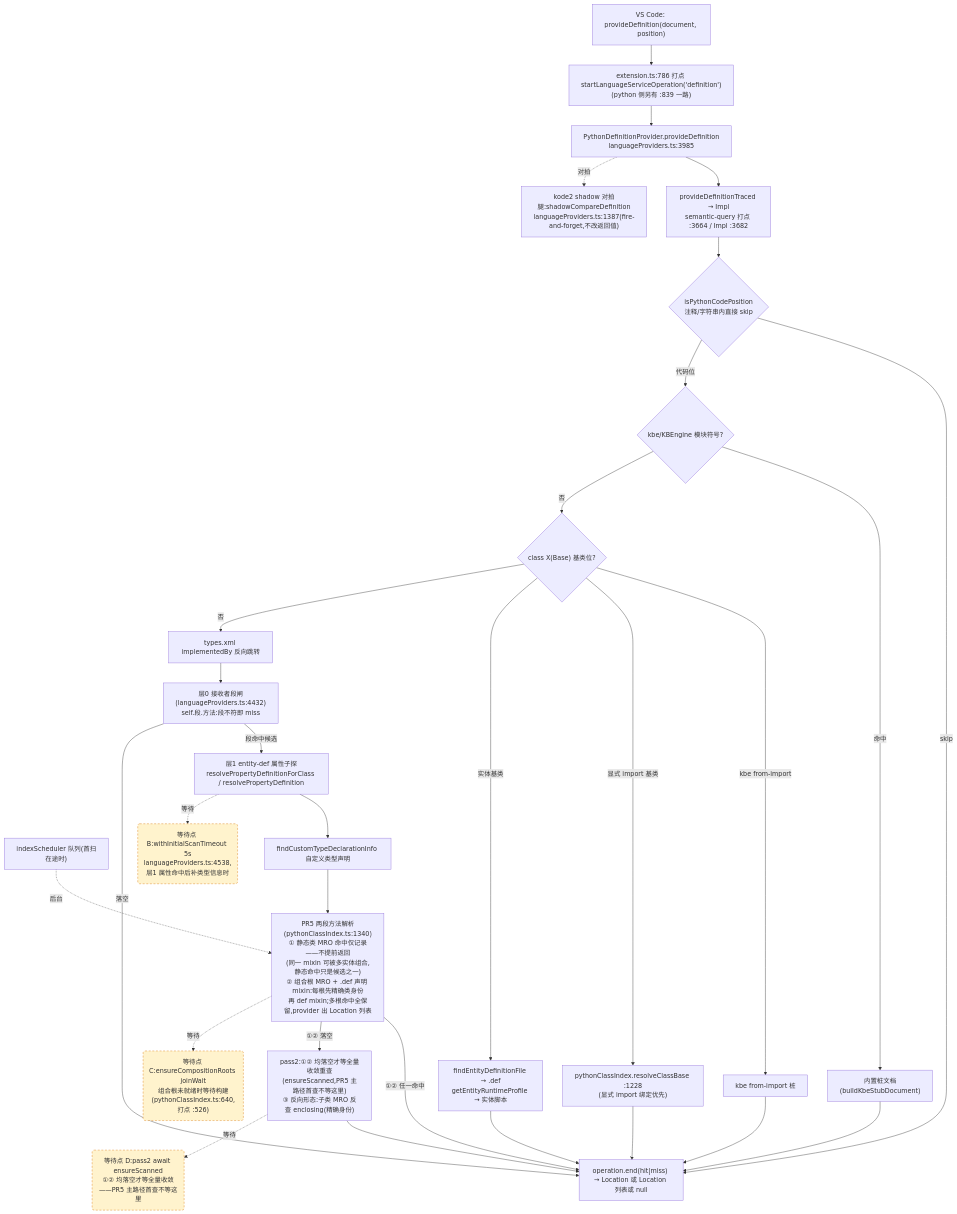
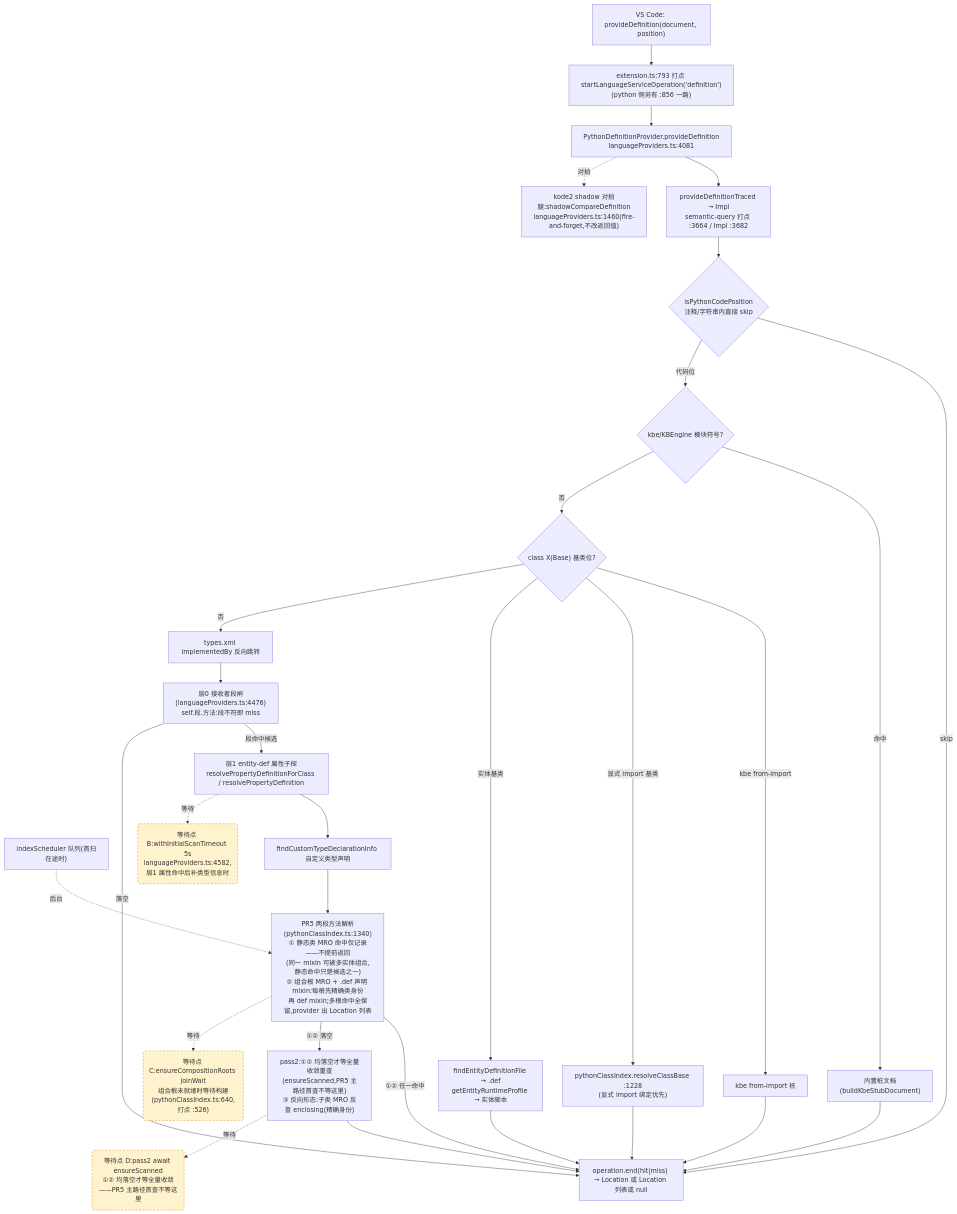
One commit to cuihairu/kode changed the second of 4 diagrams in docs/perf/2026-baseline.md. Above: the diagram before and after it, drawn with Mermaid. The commit also changed other lines of this file and 10 other files, not shown here.

````diff
--- a/docs/perf/2026-baseline.md
+++ b/docs/perf/2026-baseline.md
@@ -130,51 +130,51 @@
 ```mermaid
 flowchart TD
   VC2["VS Code: provideDefinition(document, position)"]
-  M2["extension.ts:786 打点 startLanguageServiceOperation('definition')<br/>(python 侧另有 :839 一路)"]
-  AD2["PythonDefinitionProvider.provideDefinition<br/>languageProviders.ts:3985"]
+  M2["extension.ts:793 打点 startLanguageServiceOperation('definition')<br/>(python 侧另有 :856 一路)"]
+  AD2["PythonDefinitionProvider.provideDefinition<br/>languageProviders.ts:4081"]
   TR["provideDefinitionTraced → Impl<br/>semantic-query 打点 :3664 / Impl :3682"]
   CTX{"isPythonCodePosition<br/>注释/字符串内直接 skip"}
   KBE{"kbe/KBEngine 模块符号?"}
   STUB["内置桩文档(buildKbeStubDocument)"]
   CB{"class X(Base) 基类位?"}
   CB1["kbe from-import 桩"]
   CB2["pythonClassIndex.resolveClassBase :1228<br/>(显式 import 绑定优先)"]
   CB3["findEntityDefinitionFile → .def<br/>getEntityRuntimeProfile → 实体脚本"]
   REV["types.xml implementedBy 反向跳转"]
-  L0["层0 接收者段闸(languageProviders.ts:4432)<br/>self.段.方法:段不符即 miss"]
+  L0["层0 接收者段闸(languageProviders.ts:4476)<br/>self.段.方法:段不符即 miss"]
   L1["层1 entity-def 属性子探<br/>resolvePropertyDefinitionForClass / resolvePropertyDefinition"]
   SCAN["indexScheduler 队列(首扫在途时)"]
   TY["findCustomTypeDeclarationInfo 自定义类型声明"]
   MRO["PR5 两段方法解析(pythonClassIndex.ts:1340)<br/>① 静态类 MRO 命中仅记录——不提前返回<br/>(同一 mixin 可被多实体组合,静态命中只是候选之一)<br/>② 组合根 MRO + .def 声明 mixin:每根先精确类身份<br/>再 def mixin;多根命中全保留,provider 出 Location 列表"]
   PASS2["pass2:①② 均落空才等全量收敛重查<br/>(ensureScanned,PR5 主路径首查不等这里)<br/>③ 反向形态:子类 MRO 反查 enclosing(精确身份)"]
-  SHD["kode2 shadow 对拍腿:shadowCompareDefinition<br/>languageProviders.ts:1387(fire-and-forget,不改返回值)"]
+  SHD["kode2 shadow 对拍腿:shadowCompareDefinition<br/>languageProviders.ts:1460(fire-and-forget,不改返回值)"]
   END2["operation.end(hit|miss) → Location 或 Location 列表或 null"]
 
   VC2 --> M2 --> AD2 --> TR --> CTX
   CTX -- "skip" --> END2
   CTX -- "代码位" --> KBE
   KBE -- "命中" --> STUB --> END2
   KBE -- "否" --> CB
   CB -- "kbe from-import" --> CB1 --> END2
   CB -- "显式 import 基类" --> CB2 --> END2
   CB -- "实体基类" --> CB3 --> END2
   CB -- "否" --> REV --> L0
   L0 -- "段命中候选" --> L1
   L0 -- "落空" --> END2
   L1 --> TY
   TY --> MRO
   MRO -- "①② 任一命中" --> END2
   MRO -- "①② 落空" --> PASS2 --> END2
   AD2 -.->|对拍| SHD
 
-  WAITB("等待点 B:withInitialScanTimeout 5s<br/>languageProviders.ts:4538,层1 属性命中后补类型信息时")
+  WAITB("等待点 B:withInitialScanTimeout 5s<br/>languageProviders.ts:4582,层1 属性命中后补类型信息时")
   WAITC("等待点 C:ensureCompositionRoots joinWait<br/>组合根未就绪时等待构建(pythonClassIndex.ts:640,打点 :526)")
   WAITD("等待点 D:pass2 await ensureScanned<br/>①② 均落空才等全量收敛——PR5 主路径首查不等这里")
   L1 -.->|等待| WAITB
   MRO -.->|等待| WAITC
   PASS2 -.->|等待| WAITD
   SCAN -.->|后台| MRO
 
   classDef waitPoint fill:#fff3cd,stroke:#d97706,stroke-dasharray:5 4;
   class WAITB,WAITC,WAITD waitPoint;
 ```
````
